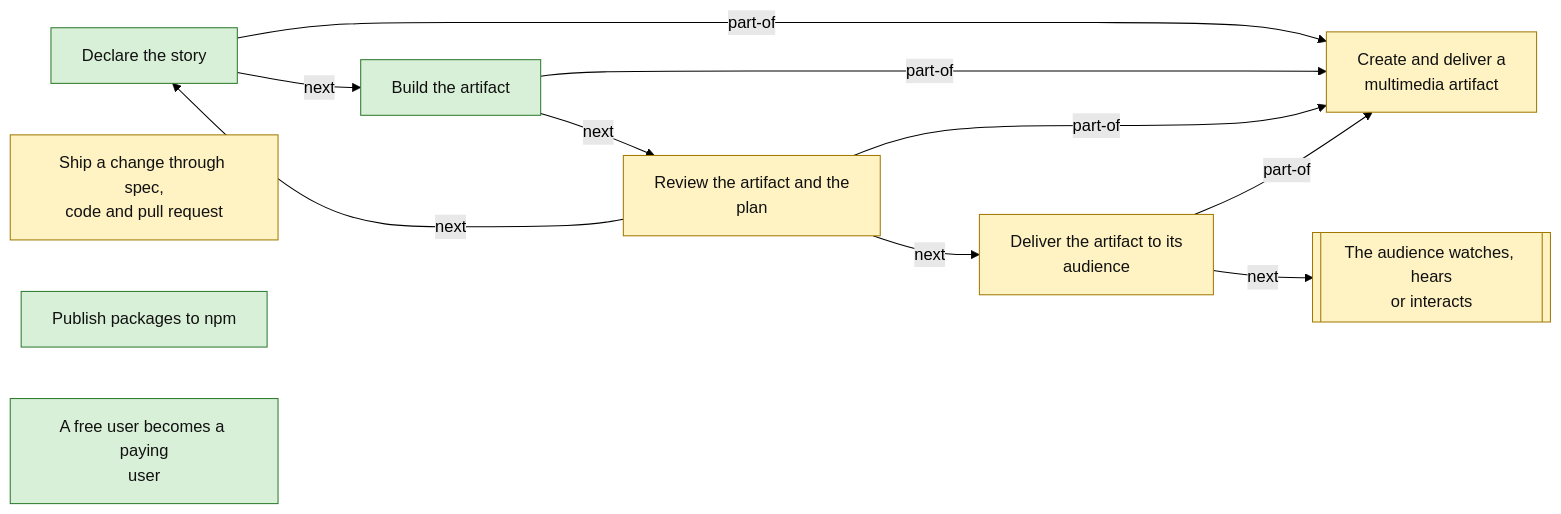
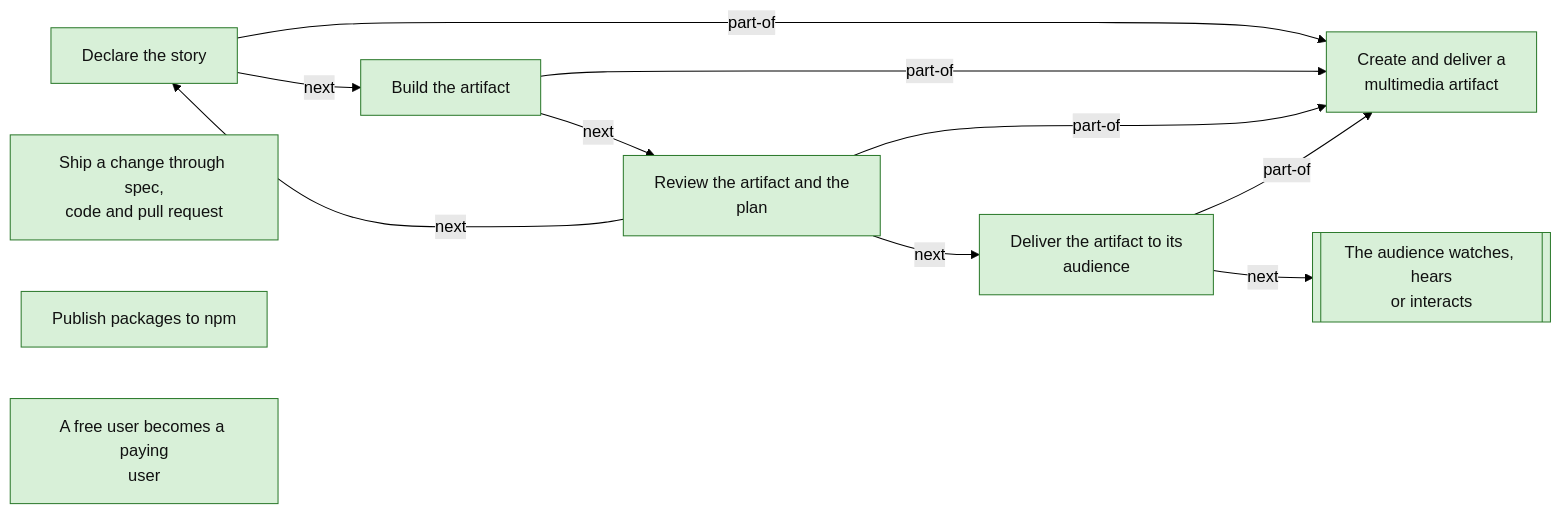
Before and after one commit to reebeat/.github: the first of 4 diagrams in docs/business-processes.md, drawn with Mermaid (forest theme). The commit also changed other lines of this file and 43 other files, not shown here.

````diff
--- a/docs/business-processes.md
+++ b/docs/business-processes.md
@@ -13,25 +13,25 @@
 ```mermaid
 flowchart LR
     classDef decided fill:#d8f0d8,stroke:#2d7a2d,color:#111
     classDef proposed fill:#fff3c4,stroke:#a07800,color:#111
     classDef open fill:#f8d7d7,stroke:#a02020,color:#111
     classDef outside fill:#eee,stroke:#999,color:#333,stroke-dasharray:4 3
-    process_org_create_and_deliver["Create and deliver a<br/>multimedia artifact"]:::proposed
+    process_org_create_and_deliver["Create and deliver a<br/>multimedia artifact"]:::decided
     process_org_declare_story["Declare the story"]:::decided
     process_org_build_artifact["Build the artifact"]:::decided
-    process_org_review_artifact["Review the artifact and the<br/>plan"]:::proposed
-    process_org_deliver_artifact["Deliver the artifact to its<br/>audience"]:::proposed
-    extproc_org_audience_consumes[["The audience watches, hears<br/>or interacts"]]:::proposed
-    process_org_ship_change["Ship a change through spec,<br/>code and pull request"]:::proposed
+    process_org_review_artifact["Review the artifact and the<br/>plan"]:::decided
+    process_org_deliver_artifact["Deliver the artifact to its<br/>audience"]:::decided
+    extproc_org_audience_consumes[["The audience watches, hears<br/>or interacts"]]:::decided
+    process_org_ship_change["Ship a change through spec,<br/>code and pull request"]:::decided
     process_org_publish_packages["Publish packages to npm"]:::decided
     process_org_upgrade_to_paid["A free user becomes a paying<br/>user"]:::decided
     process_org_declare_story -->|part-of| process_org_create_and_deliver
     process_org_declare_story -->|next| process_org_build_artifact
     process_org_build_artifact -->|part-of| process_org_create_and_deliver
     process_org_build_artifact -->|next| process_org_review_artifact
     process_org_review_artifact -->|part-of| process_org_create_and_deliver
     process_org_review_artifact -->|next| process_org_deliver_artifact
     process_org_review_artifact -->|next| process_org_declare_story
     process_org_deliver_artifact -->|part-of| process_org_create_and_deliver
     process_org_deliver_artifact -->|next| extproc_org_audience_consumes
 ```
````
